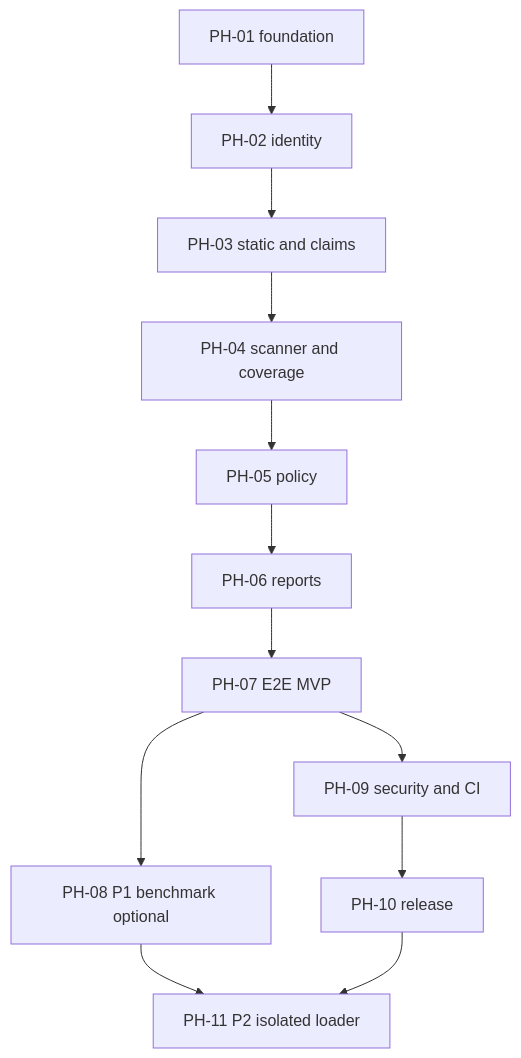
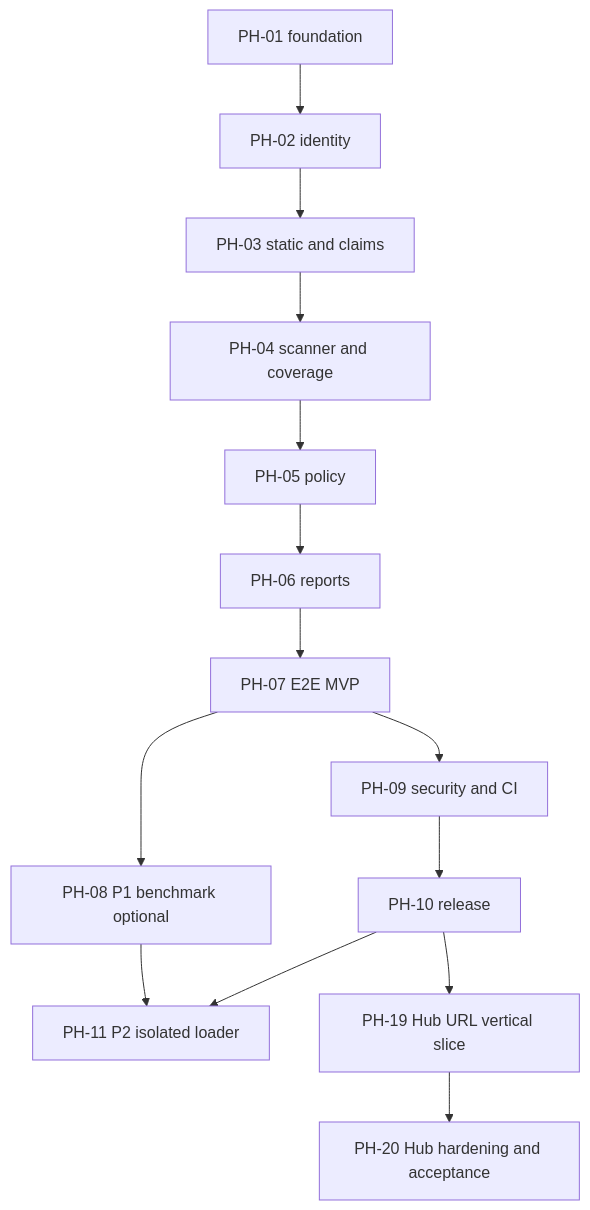
The diagram in docs/ROADMAP.md (HrshJha/ModelVet), drawn with Mermaid before and after one commit. The commit also changed other lines of this file and 104 other files, not shown here.

````diff
--- a/docs/ROADMAP.md
+++ b/docs/ROADMAP.md
@@ -30,14 +32,16 @@
 ```mermaid
 flowchart TD
  A[PH-01 foundation] --> B[PH-02 identity]
  B --> C[PH-03 static and claims]
  C --> D[PH-04 scanner and coverage]
  D --> E[PH-05 policy]
  E --> F[PH-06 reports]
  F --> G[PH-07 E2E MVP]
  G --> H[PH-08 P1 benchmark optional]
  G --> I[PH-09 security and CI]
  I --> J[PH-10 release]
  H --> K[PH-11 P2 isolated loader]
  J --> K
+ J --> L[PH-19 Hub URL vertical slice]
+ L --> M[PH-20 Hub hardening and acceptance]
 ```
````
